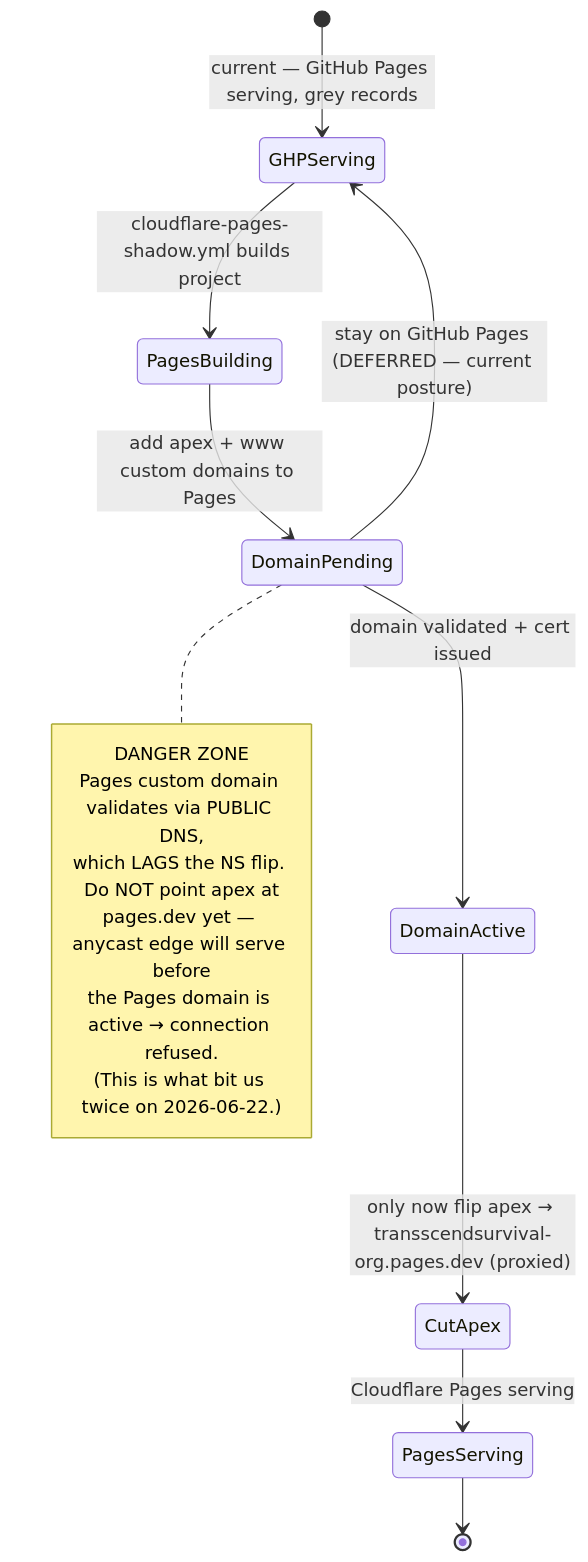
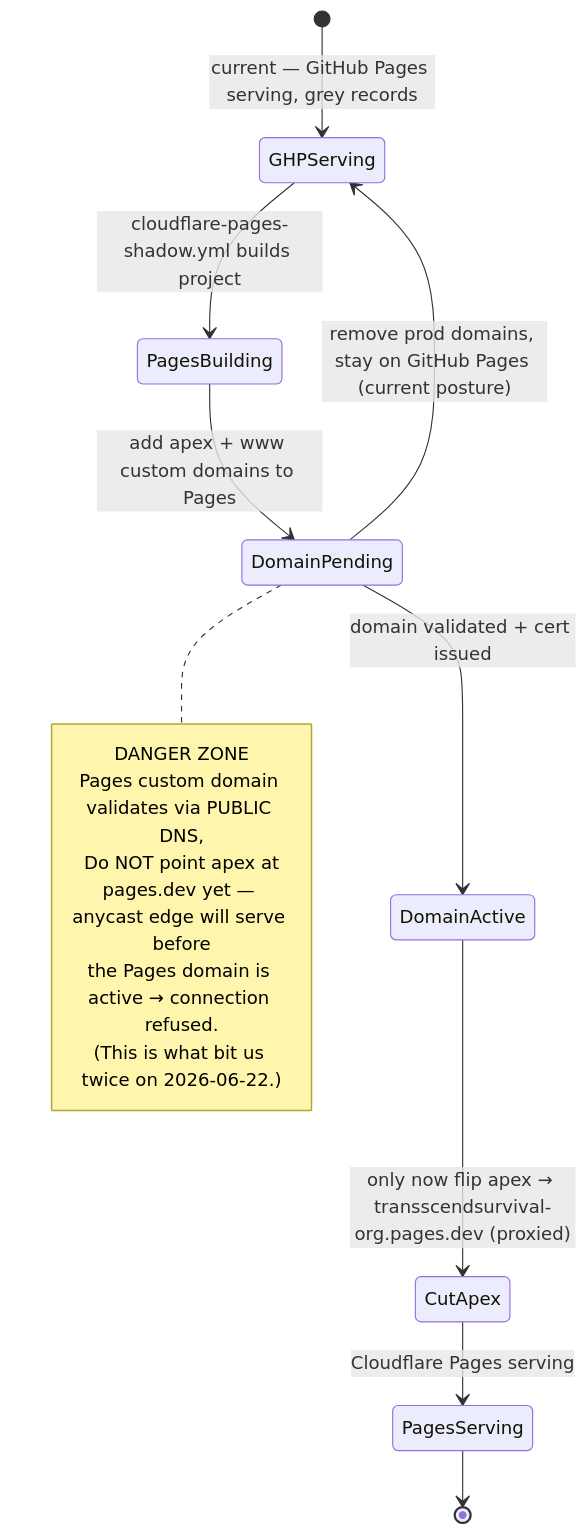
One commit to Jesssullivan/jesssullivan.github.io changed the fourth of 5 diagrams in docs/dns-architecture.md. Above: the diagram before and after it, drawn with Mermaid. The commit also changed other lines of this file, not shown here.

Commit message:
docs: update DNS architecture current state

````diff
--- a/docs/dns-architecture.md
+++ b/docs/dns-architecture.md
@@ -175,22 +165,22 @@
 ```mermaid
 stateDiagram-v2
     [*] --> GHPServing: current — GitHub Pages serving, grey records
     GHPServing --> PagesBuilding: cloudflare-pages-shadow.yml builds project
 
     PagesBuilding --> DomainPending: add apex + www custom domains to Pages
     note right of DomainPending
         DANGER ZONE
         Pages custom domain validates via PUBLIC DNS,
-        which LAGS the NS flip. Do NOT point apex at
+        Do NOT point apex at
         pages.dev yet — anycast edge will serve before
         the Pages domain is active → connection refused.
         (This is what bit us twice on 2026-06-22.)
     end note
 
     DomainPending --> DomainActive: domain validated + cert issued
     DomainActive --> CutApex: only now flip apex → transscendsurvival-org.pages.dev (proxied)
     CutApex --> PagesServing: Cloudflare Pages serving
     PagesServing --> [*]
 
-    DomainPending --> GHPServing: stay on GitHub Pages (DEFERRED — current posture)
+    DomainPending --> GHPServing: remove prod domains, stay on GitHub Pages (current posture)
 ```
````
